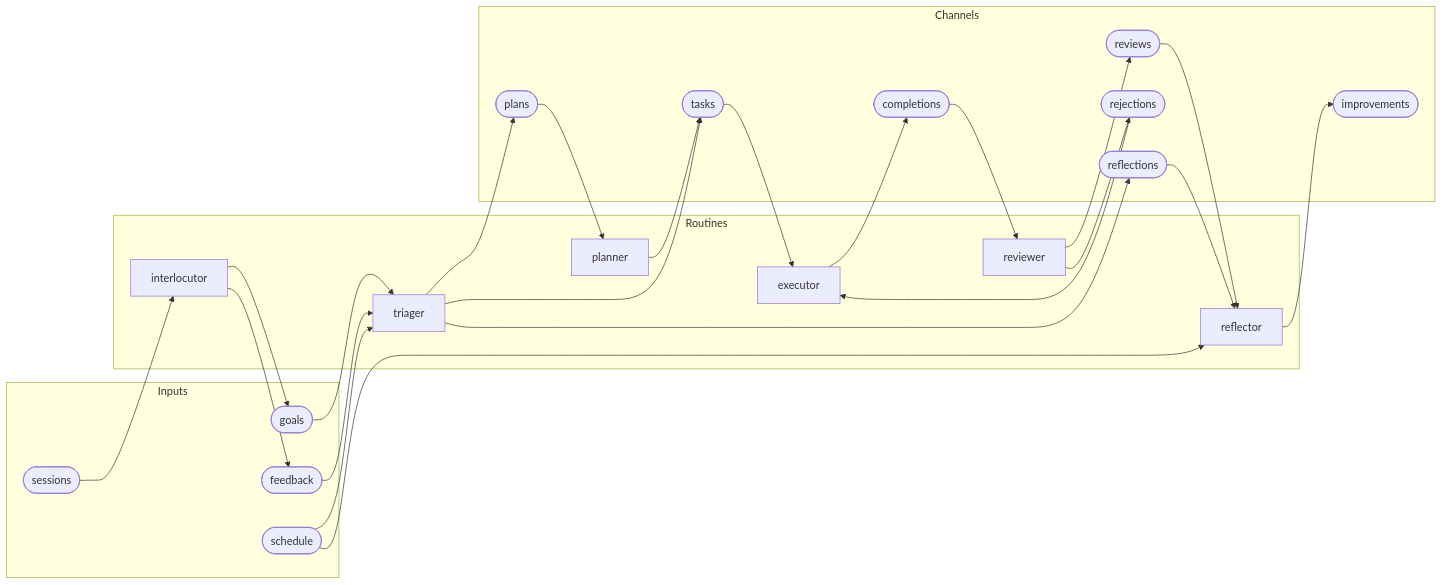
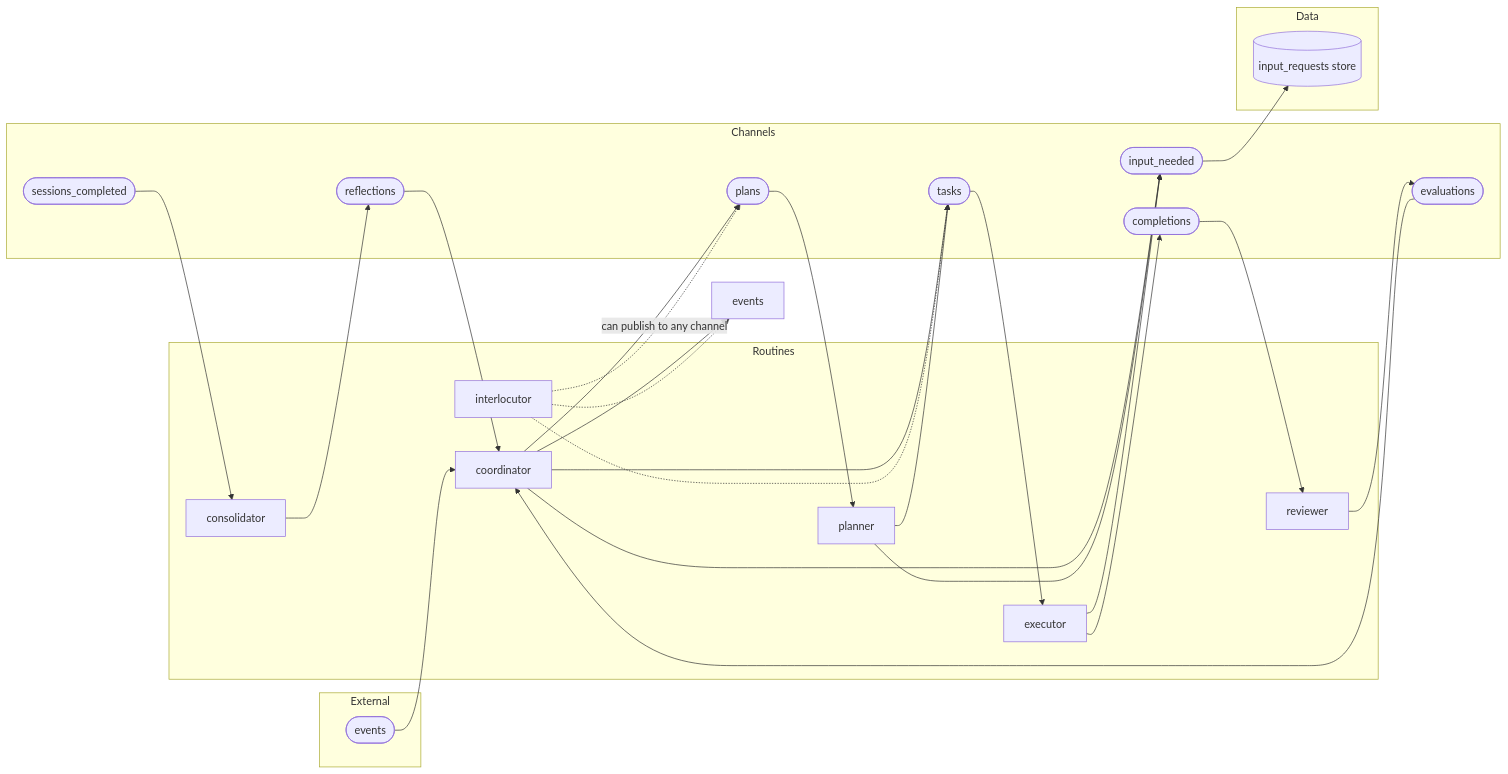
One commit to brayan07/cambium changed the third of 5 diagrams in docs/architecture.md. Above: the diagram before and after it, drawn with Mermaid. The commit also changed other lines of this file, not shown here.

First line of the commit message:
Redesign channel topology and routine roles

````diff
--- a/docs/architecture.md
+++ b/docs/architecture.md
@@ -161,55 +161,58 @@
 ```mermaid
 graph LR
-    subgraph Inputs
-        sessions(["sessions"])
-        goals(["goals"])
-        feedback(["feedback"])
-        schedule(["schedule"])
+    subgraph External
+        ext(["events"])
     end
 
     subgraph Routines
+        coordinator["coordinator"]
         interlocutor["interlocutor"]
-        triager["triager"]
         planner["planner"]
         executor["executor"]
         reviewer["reviewer"]
-        reflector["reflector"]
+        consolidator["consolidator"]
     end
 
     subgraph Channels
         plans(["plans"])
         tasks(["tasks"])
         completions(["completions"])
-        reviews(["reviews"])
-        rejections(["rejections"])
+        evaluations(["evaluations"])
         reflections(["reflections"])
-        improvements(["improvements"])
+        sessions_completed(["sessions_completed"])
+        input_needed(["input_needed"])
     end
 
-    sessions --> interlocutor
-    interlocutor --> goals
-    interlocutor --> feedback
+    subgraph Data
+        input_store[("input_requests store")]
+    end
 
-    goals --> triager
-    feedback --> triager
-    schedule --> triager
-    triager --> plans
-    triager --> tasks
-    triager --> reflections
+    ext --> coordinator
+    evaluations --> coordinator
+    reflections --> coordinator
+
+    coordinator --> plans
+    coordinator --> tasks
+    coordinator --> events
+    coordinator --> input_needed
+
+    interlocutor -.->|can publish to any channel| plans
+    interlocutor -.-> tasks
+    interlocutor -.-> events
 
     plans --> planner
     planner --> tasks
+    planner --> input_needed
 
     tasks --> executor
-    rejections --> executor
     executor --> completions
+    executor --> input_needed
 
     completions --> reviewer
-    reviewer --> reviews
-    reviewer --> rejections
+    reviewer --> evaluations
 
-    reviews --> reflector
-    schedule --> reflector
-    reflections --> reflector
-    reflector --> improvements
+    sessions_completed --> consolidator
+    consolidator --> reflections
+
+    input_needed --> input_store
 ```
````
